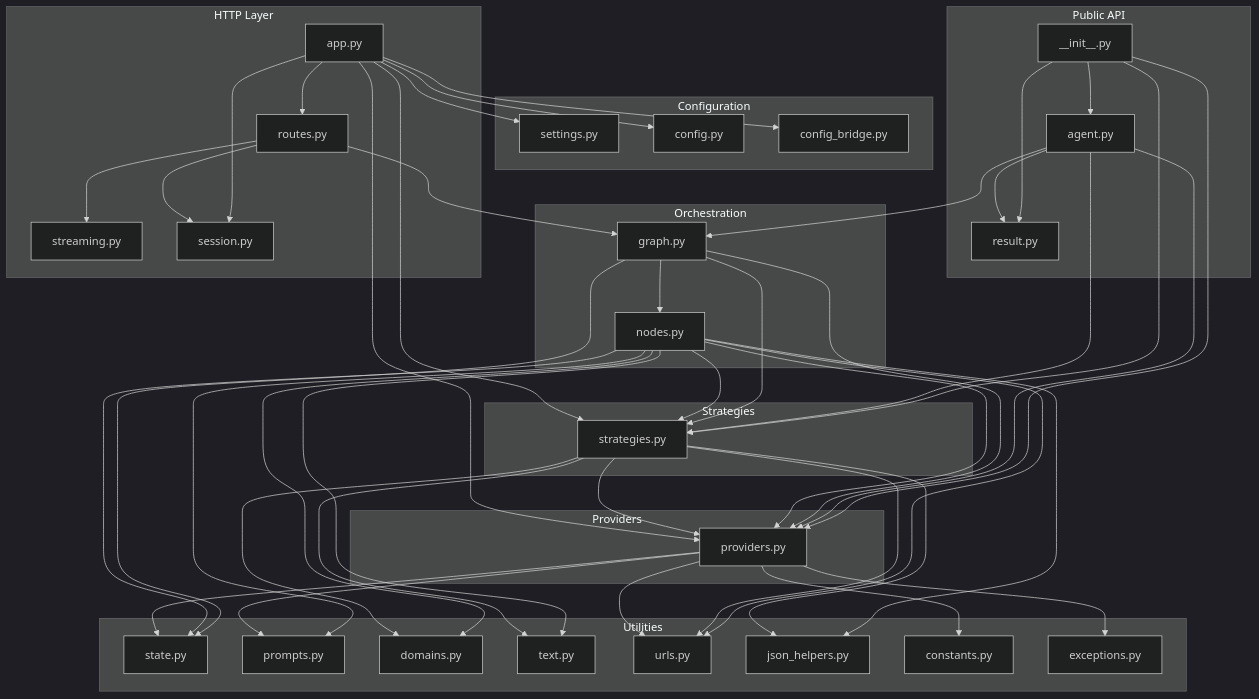
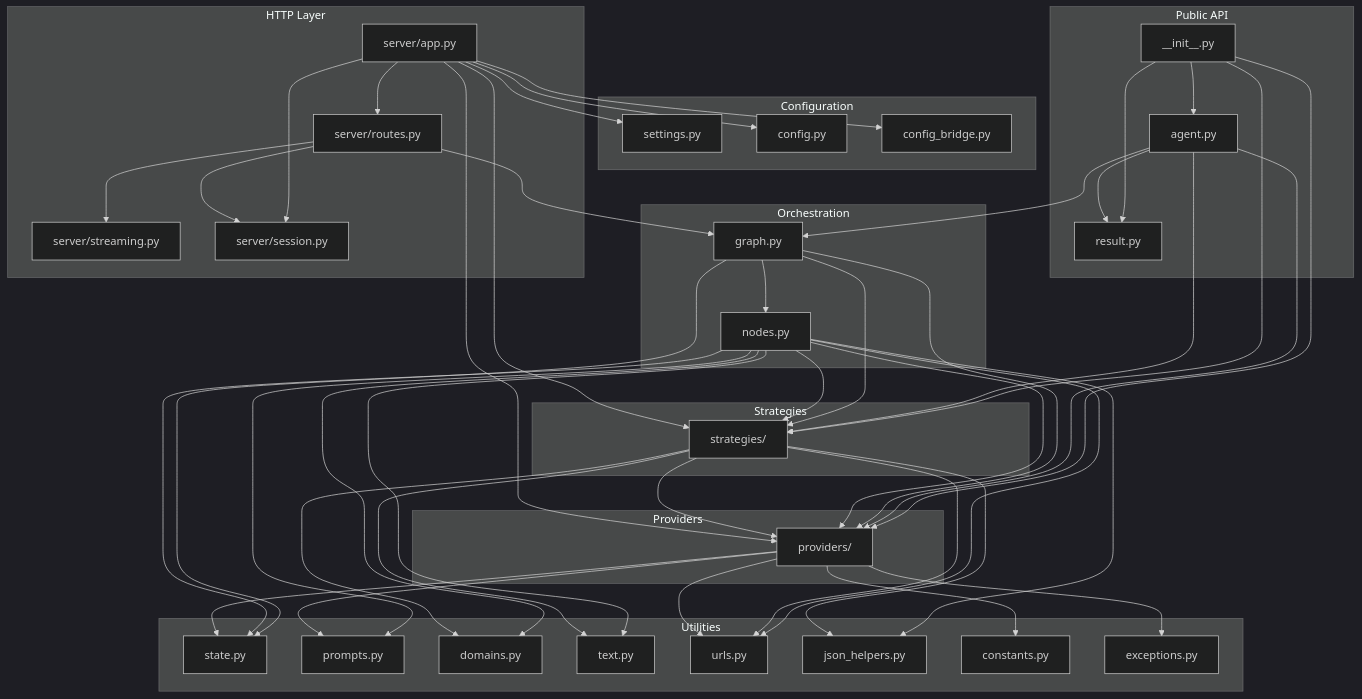
The second of 14 diagrams in Agent-Architecture.md (BZandi/inqtrix), drawn with Mermaid (dark theme) before and after one commit. The commit also changed other lines of this file and 20 other files, not shown here.

```diff
--- a/Agent-Architecture.md
+++ b/Agent-Architecture.md
@@ -93,11 +93,11 @@
     end
 
     subgraph "Providers"
-        providers["providers.py"]
+        providers["providers/"]
     end
 
     subgraph "Strategies"
-        strategies["strategies.py"]
+        strategies["strategies/"]
     end
 
     subgraph "Configuration"
@@ -107,10 +107,10 @@
     end
 
     subgraph "HTTP Layer"
-        app["app.py"]
-        routes["routes.py"]
-        streaming["streaming.py"]
-        session["session.py"]
+        app["server/app.py"]
+        routes["server/routes.py"]
+        streaming["server/streaming.py"]
+        session["server/session.py"]
     end
 
     subgraph "Utilities"
```
